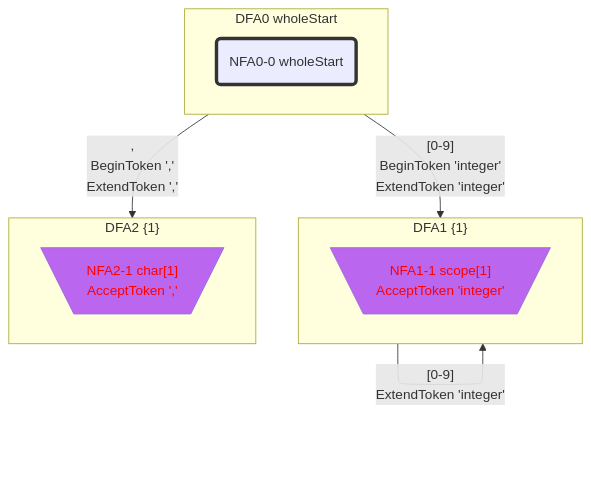
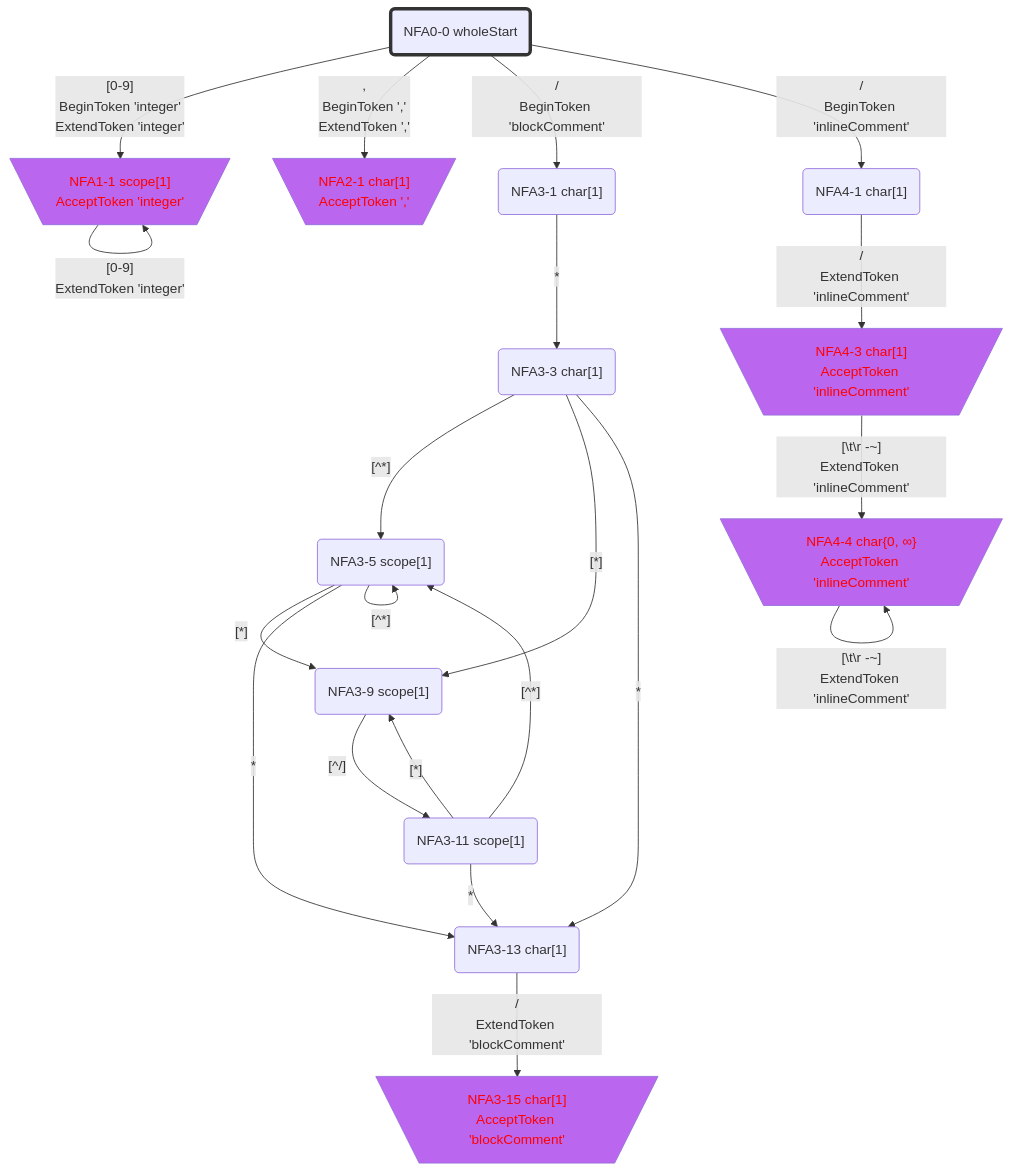
One commit to bitzhuwei/GrammarMentor changed diagram 11 of 15 in Practices/Practice.GeneratedXxxFormat.Test/GeneratedInts2/LexicalAnalyzer/README.gen.md. Above: the diagram before and after it, drawn with Mermaid. The commit also changed other lines of this file and 3868 other files, not shown here.

````diff
--- a/Practices/Practice.GeneratedXxxFormat.Test/GeneratedInts2/LexicalAnalyzer/README.gen.md
+++ b/Practices/Practice.GeneratedXxxFormat.Test/GeneratedInts2/LexicalAnalyzer/README.gen.md
@@ -360,44 +734,74 @@
 ```Mermaid
 flowchart
 classDef c0001 color:#FF0000;
 classDef c0010 stroke-dasharray: 10 10;
 classDef c0011 stroke-dasharray: 10 10,color:#FF0000;
 classDef c0100 fill:#BB66EE;
 classDef c0101 fill:#BB66EE,color:#FF0000;
 classDef c0110 fill:#BB66EE,stroke-dasharray: 10 10;
 classDef c0111 fill:#BB66EE,stroke-dasharray: 10 10,color:#FF0000;
 classDef c1000 stroke:#333,stroke-width:4px;
 classDef c1001 stroke:#333,stroke-width:4px,color:#FF0000;
 classDef c1010 stroke:#333,stroke-width:4px,stroke-dasharray: 10 10;
 classDef c1011 stroke:#333,stroke-width:4px,stroke-dasharray: 10 10,color:#FF0000;
 classDef c1100 stroke:#333,stroke-width:4px,fill:#BB66EE;
 classDef c1101 stroke:#333,stroke-width:4px,fill:#BB66EE,color:#FF0000;
 classDef c1110 stroke:#333,stroke-width:4px,fill:#BB66EE,stroke-dasharray: 10 10;
 classDef c1111 stroke:#333,stroke-width:4px,fill:#BB66EE,stroke-dasharray: 10 10,color:#FF0000;
-subgraph DFA0_585978999["DFA0 wholeStart"]
-NFA0_0_30399051_0("NFA0-0 wholeStart")
-class NFA0_0_30399051_0 c1000;
-end
-class DFA0_585978999 c1000;
-subgraph DFA1_1120076600["DFA1 {1}"]
-NFA1_1_55573455_1[\"NFA1-1 scope[1]
+NFA0_0_53808606("NFA0-0 wholeStart")
+class NFA0_0_53808606 c1000;
+NFA1_1_35804895[\"NFA1-1 scope[1]
 AcceptToken 'integer'"/]
-class NFA1_1_55573455_1 c0101;
-end
-class DFA1_1120076600 c0101;
-subgraph DFA2_-1955808288["DFA2 {1}"]
-NFA2_1_5156011_2[\"NFA2-1 char[1]
+class NFA1_1_35804895 c0101;
+NFA2_1_14515408[\"NFA2-1 char[1]
 AcceptToken ','"/]
-class NFA2_1_5156011_2 c0101;
-end
-class DFA2_-1955808288 c0101;
-DFA0_585978999 -->|"[0-9]
+class NFA2_1_14515408 c0101;
+NFA3_1_63529816("NFA3-1 char[1]")
+NFA4_1_34897438("NFA4-1 char[1]")
+NFA3_3_8120240("NFA3-3 char[1]")
+NFA4_3_45641491[\"NFA4-3 char[1]
+AcceptToken 'inlineComment'"/]
+class NFA4_3_45641491 c0101;
+NFA3_5_53759727("NFA3-5 scope[1]")
+NFA3_9_5973303("NFA3-9 scope[1]")
+NFA3_13_14075498("NFA3-13 char[1]")
+NFA4_4_59570626[\"NFA4-4 char{0, ∞}
+AcceptToken 'inlineComment'"/]
+class NFA4_4_59570626 c0101;
+NFA3_11_60491410("NFA3-11 scope[1]")
+NFA3_15_66373591[\"NFA3-15 char[1]
+AcceptToken 'blockComment'"/]
+class NFA3_15_66373591 c0101;
+NFA0_0_53808606 -->|"[0-9]
 BeginToken 'integer'
-ExtendToken 'integer'"|DFA1_1120076600
-DFA0_585978999 -->|",
+ExtendToken 'integer'"|NFA1_1_35804895
+NFA0_0_53808606 -->|",
 BeginToken ','
-ExtendToken ','"|DFA2_-1955808288
-DFA1_1120076600 -->|"[0-9]
-ExtendToken 'integer'"|DFA1_1120076600
+ExtendToken ','"|NFA2_1_14515408
+NFA0_0_53808606 -->|"/
+BeginToken 'blockComment'"|NFA3_1_63529816
+NFA0_0_53808606 -->|"/
+BeginToken 'inlineComment'"|NFA4_1_34897438
+NFA1_1_35804895 -->|"[0-9]
+ExtendToken 'integer'"|NFA1_1_35804895
+NFA3_1_63529816 -->|"*"|NFA3_3_8120240
+NFA4_1_34897438 -->|"/
+ExtendToken 'inlineComment'"|NFA4_3_45641491
+NFA3_3_8120240 -->|"[^*]"|NFA3_5_53759727
+NFA3_3_8120240 -->|"[*]"|NFA3_9_5973303
+NFA3_3_8120240 -->|"*"|NFA3_13_14075498
+NFA4_3_45641491 -->|"[#92;t#92;r#32;-~]
+ExtendToken 'inlineComment'"|NFA4_4_59570626
+NFA3_5_53759727 -->|"[^*]"|NFA3_5_53759727
+NFA3_5_53759727 -->|"[*]"|NFA3_9_5973303
+NFA3_5_53759727 -->|"*"|NFA3_13_14075498
+NFA3_9_5973303 -->|"[^/]"|NFA3_11_60491410
+NFA3_13_14075498 -->|"/
+ExtendToken 'blockComment'"|NFA3_15_66373591
+NFA4_4_59570626 -->|"[#92;t#92;r#32;-~]
+ExtendToken 'inlineComment'"|NFA4_4_59570626
+NFA3_11_60491410 -->|"[^*]"|NFA3_5_53759727
+NFA3_11_60491410 -->|"[*]"|NFA3_9_5973303
+NFA3_11_60491410 -->|"*"|NFA3_13_14075498
 
 ```
````
